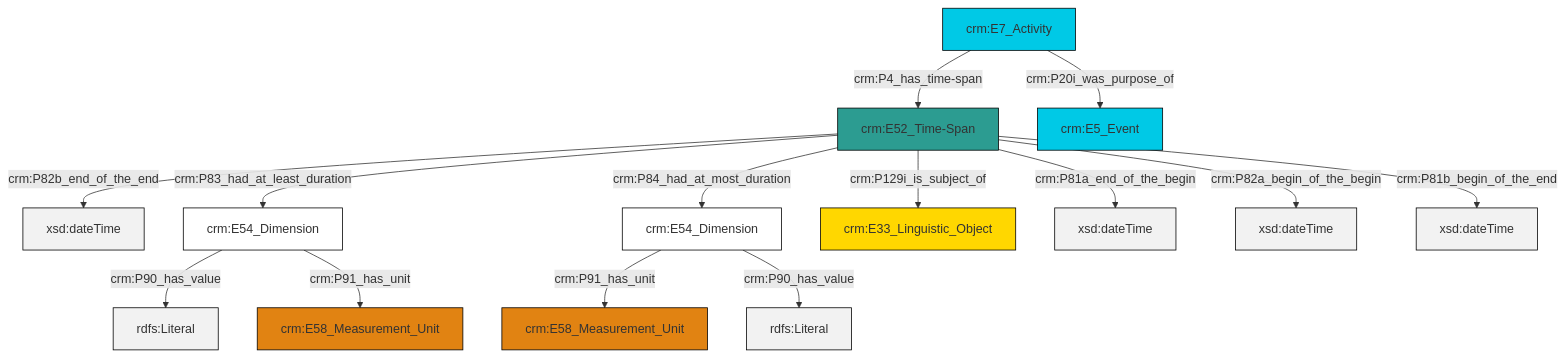
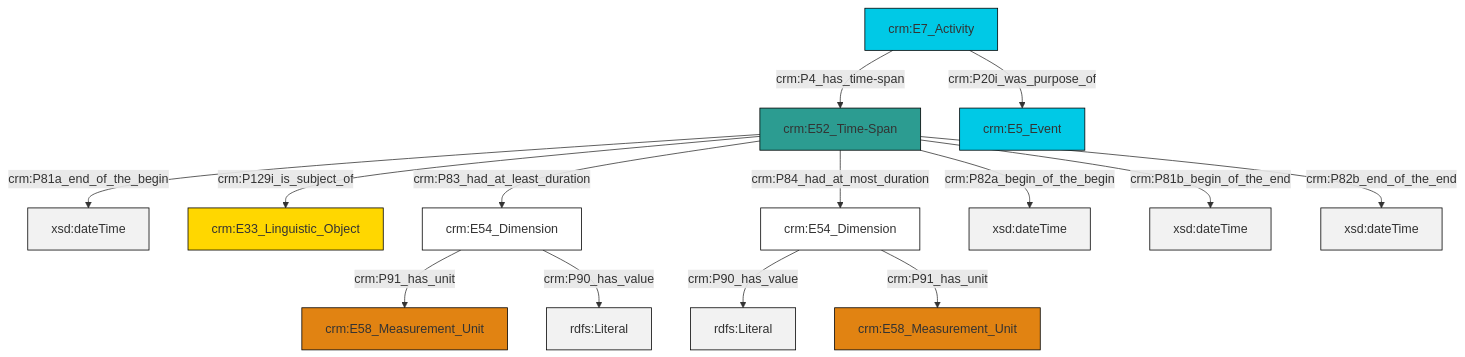
The diagram in et/eventCSV/ttl/mmd/event_existence.ttl.mmd (swiss-art-research-net/docs.swissartresearch), drawn with Mermaid before and after one commit. The commit also changed 180 other files, not shown here.

```diff
--- a/et/eventCSV/ttl/mmd/event_existence.ttl.mmd
+++ b/et/eventCSV/ttl/mmd/event_existence.ttl.mmd
@@ -1,28 +1,28 @@
 graph TD
 classDef Literal fill:#f2f2f2,stroke:#000000;
 classDef CRM_Entity fill:#FFFFFF,stroke:#000000;
 classDef Temporal_Entity fill:#00C9E6, stroke:#000000;
 classDef Type fill:#E18312, stroke:#000000;
 classDef Time-Span fill:#2C9C91, stroke:#000000;
 classDef Appellation fill:#FFEB7F, stroke:#000000;
 classDef Place fill:#008836, stroke:#000000;
 classDef Persistent_Item fill:#B266B2, stroke:#000000;
 classDef Conceptual_Object fill:#FFD700, stroke:#000000;
 classDef Physical_Thing fill:#D2B48C, stroke:#000000;
 classDef Actor fill:#f58aad, stroke:#000000;
 classDef PC_Classes fill:#4ce600, stroke:#000000;
 classDef Multi fill:#cccccc,stroke:#000000;
 
-0["crm:E52_Time-Span"]:::Time-Span -->|crm:P82b_end_of_the_end| 1[xsd:dateTime]:::Literal
-0["crm:E52_Time-Span"]:::Time-Span -->|crm:P83_had_at_least_duration| 2["crm:E54_Dimension"]:::CRM_Entity
-3["crm:E54_Dimension"]:::CRM_Entity -->|crm:P91_has_unit| 4["crm:E58_Measurement_Unit"]:::Type
-0["crm:E52_Time-Span"]:::Time-Span -->|crm:P84_had_at_most_duration| 3["crm:E54_Dimension"]:::CRM_Entity
-2["crm:E54_Dimension"]:::CRM_Entity -->|crm:P90_has_value| 13[rdfs:Literal]:::Literal
-3["crm:E54_Dimension"]:::CRM_Entity -->|crm:P90_has_value| 14[rdfs:Literal]:::Literal
-17["crm:E7_Activity"]:::Temporal_Entity -->|crm:P20i_was_purpose_of| 6["crm:E5_Event"]:::Temporal_Entity
-2["crm:E54_Dimension"]:::CRM_Entity -->|crm:P91_has_unit| 15["crm:E58_Measurement_Unit"]:::Type
-0["crm:E52_Time-Span"]:::Time-Span -->|crm:P81a_end_of_the_begin| 19[xsd:dateTime]:::Literal
-0["crm:E52_Time-Span"]:::Time-Span -->|crm:P82a_begin_of_the_begin| 20[xsd:dateTime]:::Literal
-0["crm:E52_Time-Span"]:::Time-Span -->|crm:P129i_is_subject_of| 10["crm:E33_Linguistic_Object"]:::Conceptual_Object
-17["crm:E7_Activity"]:::Temporal_Entity -->|crm:P4_has_time-span| 0["crm:E52_Time-Span"]:::Time-Span
-0["crm:E52_Time-Span"]:::Time-Span -->|crm:P81b_begin_of_the_end| 21[xsd:dateTime]:::Literal
+0["crm:E52_Time-Span"]:::Time-Span -->|crm:P81a_end_of_the_begin| 1[xsd:dateTime]:::Literal
+2["crm:E7_Activity"]:::Temporal_Entity -->|crm:P4_has_time-span| 0["crm:E52_Time-Span"]:::Time-Span
+0["crm:E52_Time-Span"]:::Time-Span -->|crm:P129i_is_subject_of| 3["crm:E33_Linguistic_Object"]:::Conceptual_Object
+4["crm:E54_Dimension"]:::CRM_Entity -->|crm:P90_has_value| 5[rdfs:Literal]:::Literal
+0["crm:E52_Time-Span"]:::Time-Span -->|crm:P83_had_at_least_duration| 9["crm:E54_Dimension"]:::CRM_Entity
+0["crm:E52_Time-Span"]:::Time-Span -->|crm:P82a_begin_of_the_begin| 10[xsd:dateTime]:::Literal
+0["crm:E52_Time-Span"]:::Time-Span -->|crm:P84_had_at_most_duration| 4["crm:E54_Dimension"]:::CRM_Entity
+4["crm:E54_Dimension"]:::CRM_Entity -->|crm:P91_has_unit| 11["crm:E58_Measurement_Unit"]:::Type
+9["crm:E54_Dimension"]:::CRM_Entity -->|crm:P91_has_unit| 6["crm:E58_Measurement_Unit"]:::Type
+0["crm:E52_Time-Span"]:::Time-Span -->|crm:P81b_begin_of_the_end| 17[xsd:dateTime]:::Literal
+2["crm:E7_Activity"]:::Temporal_Entity -->|crm:P20i_was_purpose_of| 13["crm:E5_Event"]:::Temporal_Entity
+9["crm:E54_Dimension"]:::CRM_Entity -->|crm:P90_has_value| 18[rdfs:Literal]:::Literal
+0["crm:E52_Time-Span"]:::Time-Span -->|crm:P82b_end_of_the_end| 20[xsd:dateTime]:::Literal
```
